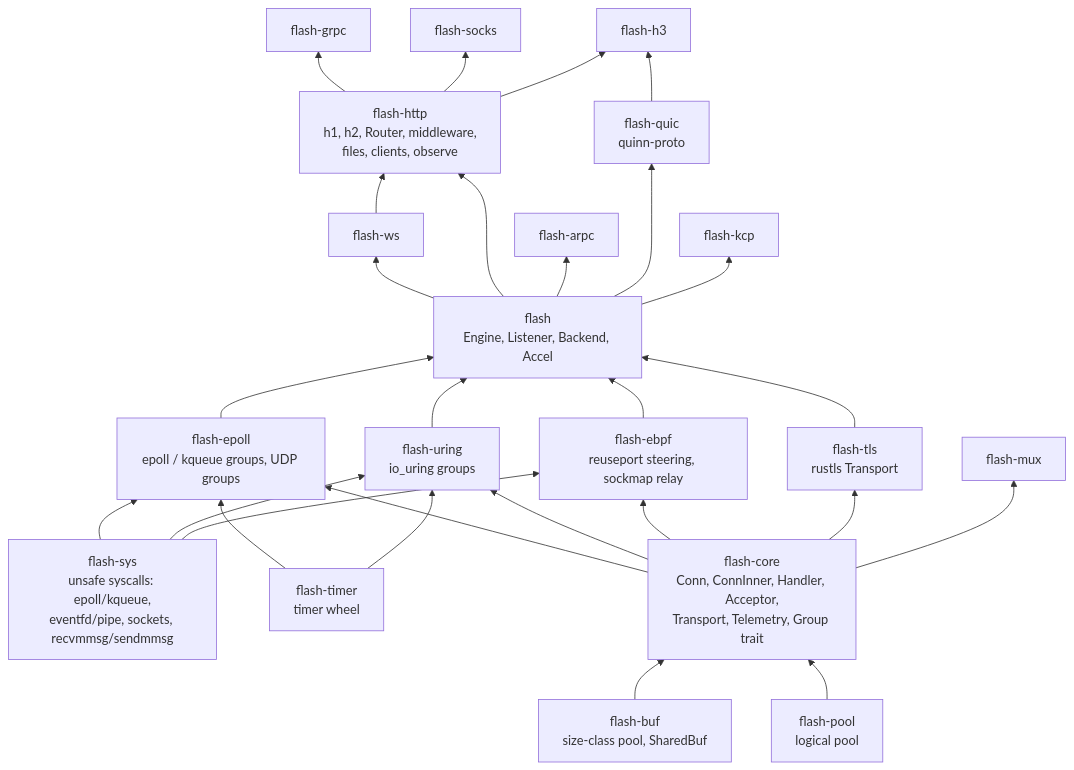
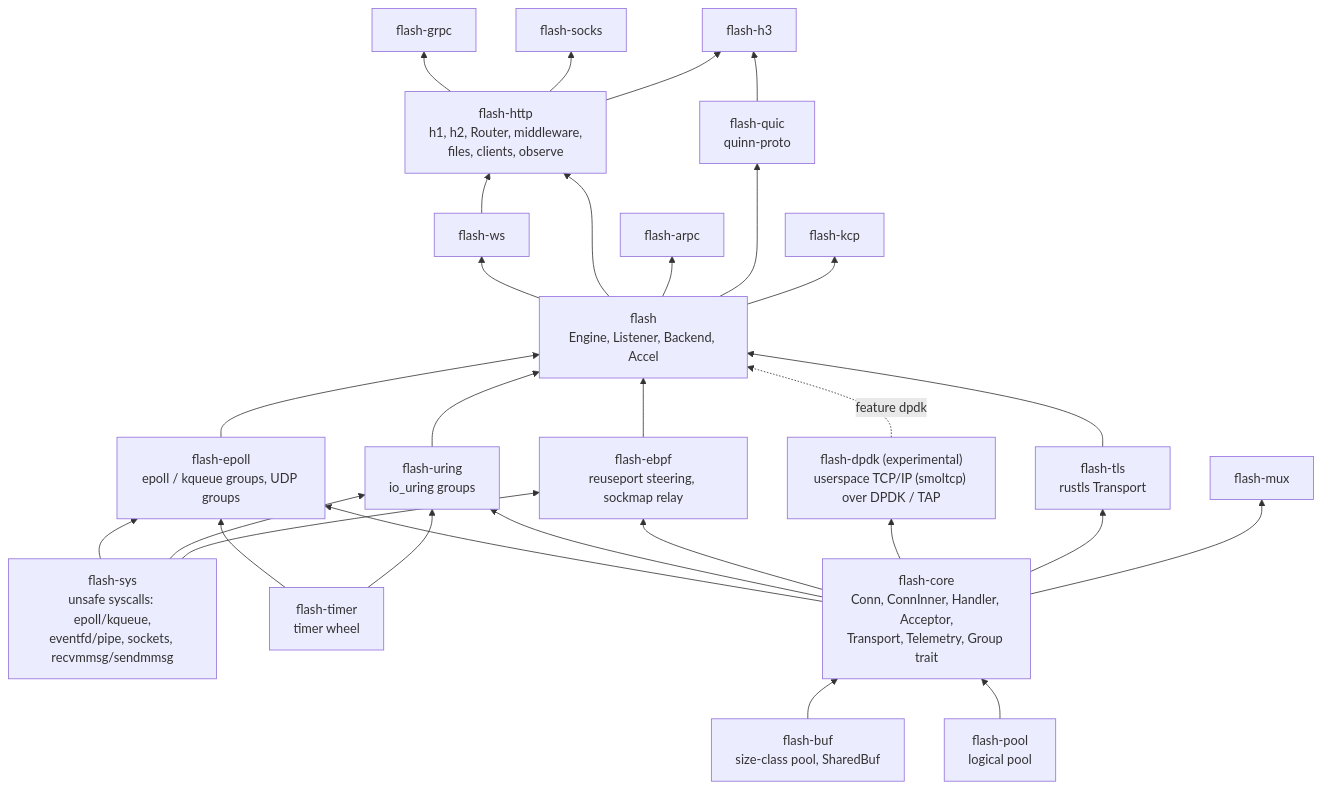
Before and after one commit to lesismal/akio: the first of 6 diagrams in docs/architecture.md, drawn with Mermaid. The commit also changed other lines of this file and 40 other files, not shown here.

````diff
--- a/docs/architecture.md
+++ b/docs/architecture.md
@@ -13,49 +13,52 @@
 ```mermaid
 flowchart BT
     sys["flash-sys<br/>unsafe syscalls: epoll/kqueue,<br/>eventfd/pipe, sockets, recvmmsg/sendmmsg"]
     buf["flash-buf<br/>size-class pool, SharedBuf"]
     timer["flash-timer<br/>timer wheel"]
     pool["flash-pool<br/>logical pool"]
     core["flash-core<br/>Conn, ConnInner, Handler, Acceptor,<br/>Transport, Telemetry, Group trait"]
     epoll["flash-epoll<br/>epoll / kqueue groups, UDP groups"]
     uring["flash-uring<br/>io_uring groups"]
     ebpf["flash-ebpf<br/>reuseport steering, sockmap relay"]
+    dpdk["flash-dpdk (experimental)<br/>userspace TCP/IP (smoltcp) over DPDK / TAP"]
     tls["flash-tls<br/>rustls Transport"]
     facade["flash<br/>Engine, Listener, Backend, Accel"]
     http["flash-http<br/>h1, h2, Router, middleware,<br/>files, clients, observe"]
     ws[flash-ws]
     grpc[flash-grpc]
     arpc[flash-arpc]
     socks[flash-socks]
     mux[flash-mux]
     quic["flash-quic<br/>quinn-proto"]
     h3[flash-h3]
     kcp[flash-kcp]
 
     buf --> core
     pool --> core
     core --> epoll
     sys --> epoll
     timer --> epoll
     core --> uring
     sys --> uring
     timer --> uring
     core --> ebpf
+    core --> dpdk
     sys --> ebpf
     core --> tls
     epoll --> facade
     uring --> facade
     ebpf --> facade
+    dpdk -.->|feature dpdk| facade
     tls --> facade
     facade --> ws
     facade --> http
     ws --> http
     http --> grpc
     facade --> arpc
     http --> socks
     core --> mux
     facade --> quic
     quic --> h3
     http --> h3
     facade --> kcp
 ```
````
